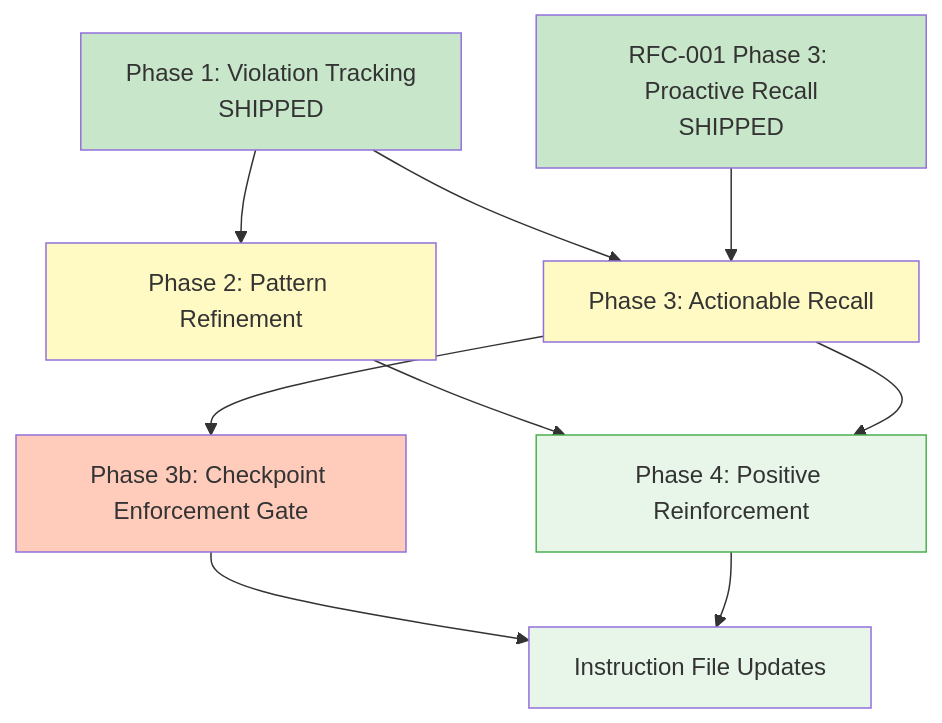
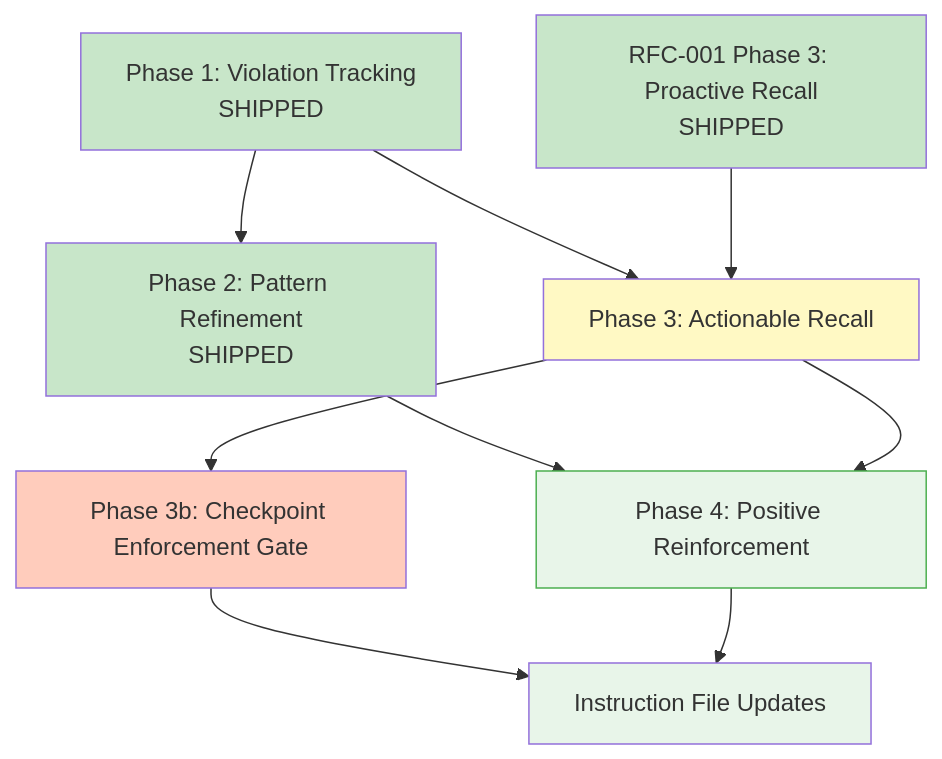
One commit to lantisprime/episodic-memory changed the diagram in docs/rfcs/RFC-002-learning-loop.md. Above: the diagram before and after it, drawn with Mermaid. The commit also changed other lines of this file and 4 other files, not shown here.

````diff
--- a/docs/rfcs/RFC-002-learning-loop.md
+++ b/docs/rfcs/RFC-002-learning-loop.md
@@ -414,31 +419,31 @@
 ```mermaid
 graph TD
     RFC1P3[RFC-001 Phase 3: Proactive Recall<br/>SHIPPED]
     P1[Phase 1: Violation Tracking<br/>SHIPPED]
-    P2[Phase 2: Pattern Refinement]
+    P2[Phase 2: Pattern Refinement<br/>SHIPPED]
     P3[Phase 3: Actionable Recall]
     P3b[Phase 3b: Checkpoint Enforcement Gate]
     P4[Phase 4: Positive Reinforcement]
     INST[Instruction File Updates]
 
     P1 --> P2
     P1 --> P3
     RFC1P3 --> P3
     P3 --> P3b
     P2 --> P4
     P3 --> P4
     P3b --> INST
     P4 --> INST
 
     classDef shipped fill:#c8e6c9
     classDef tier1 fill:#e1f5fe
     classDef tier2 fill:#fff9c4
     classDef tier3 fill:#e8f5e9
     classDef enforcement fill:#ffccbc
     classDef positive fill:#e8f5e9,stroke:#4caf50
-    class RFC1P3,P1 shipped
-    class P2,P3 tier2
+    class RFC1P3,P1,P2 shipped
+    class P3 tier2
     class P3b enforcement
     class P4 positive
     class INST tier3
 ```
````
